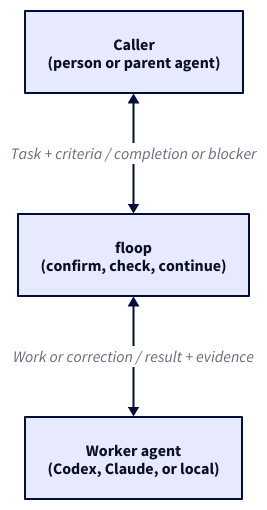
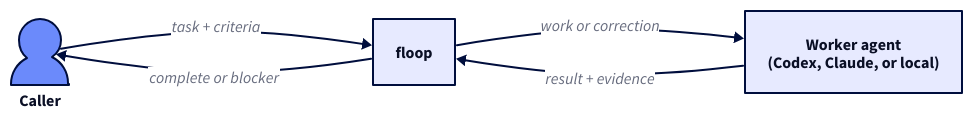
Before and after one commit to kobaltoxid/floop: the diagram in docs/diagrams/completion-loop.d2, drawn with D2. The commit also changed 5 other files, not shown here.

First line of the commit message:
docs: compact completion diagram and document Claude profiles

```diff
--- a/docs/diagrams/completion-loop.d2
+++ b/docs/diagrams/completion-loop.d2
@@ -1,17 +1,21 @@
-direction: down
+direction: right
 
 vars: {
   d2-config: {
     theme-id: 3
     dark-theme-id: 200
   }
 }
 
-caller: Caller\n(person or parent agent)
+caller: Caller {
+  shape: person
+}
 
-supervisor: floop\n(confirm, check, continue)
+floop: floop
 
-worker: Worker agent\n(Codex, Claude, or local)
+worker: "Worker agent\n(Codex, Claude, or local)"
 
-caller <-> supervisor: Task + criteria / completion or blocker
-supervisor <-> worker: Work or correction / result + evidence
+caller -> floop: task + criteria
+floop -> worker: work or correction
+worker -> floop: result + evidence
+floop -> caller: complete or blocker
```
